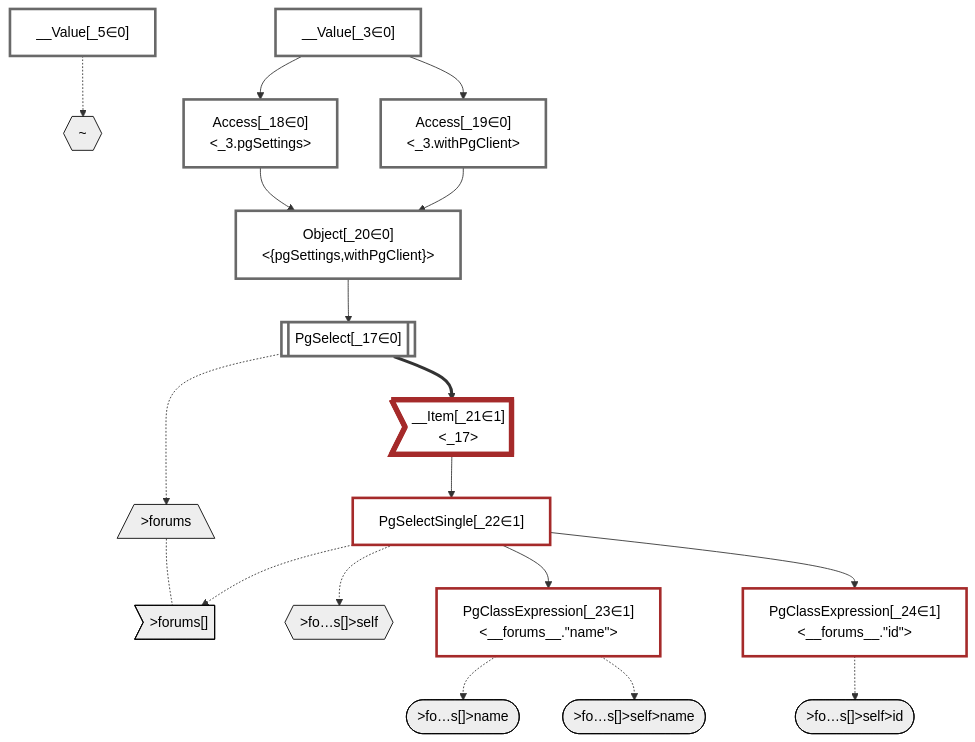
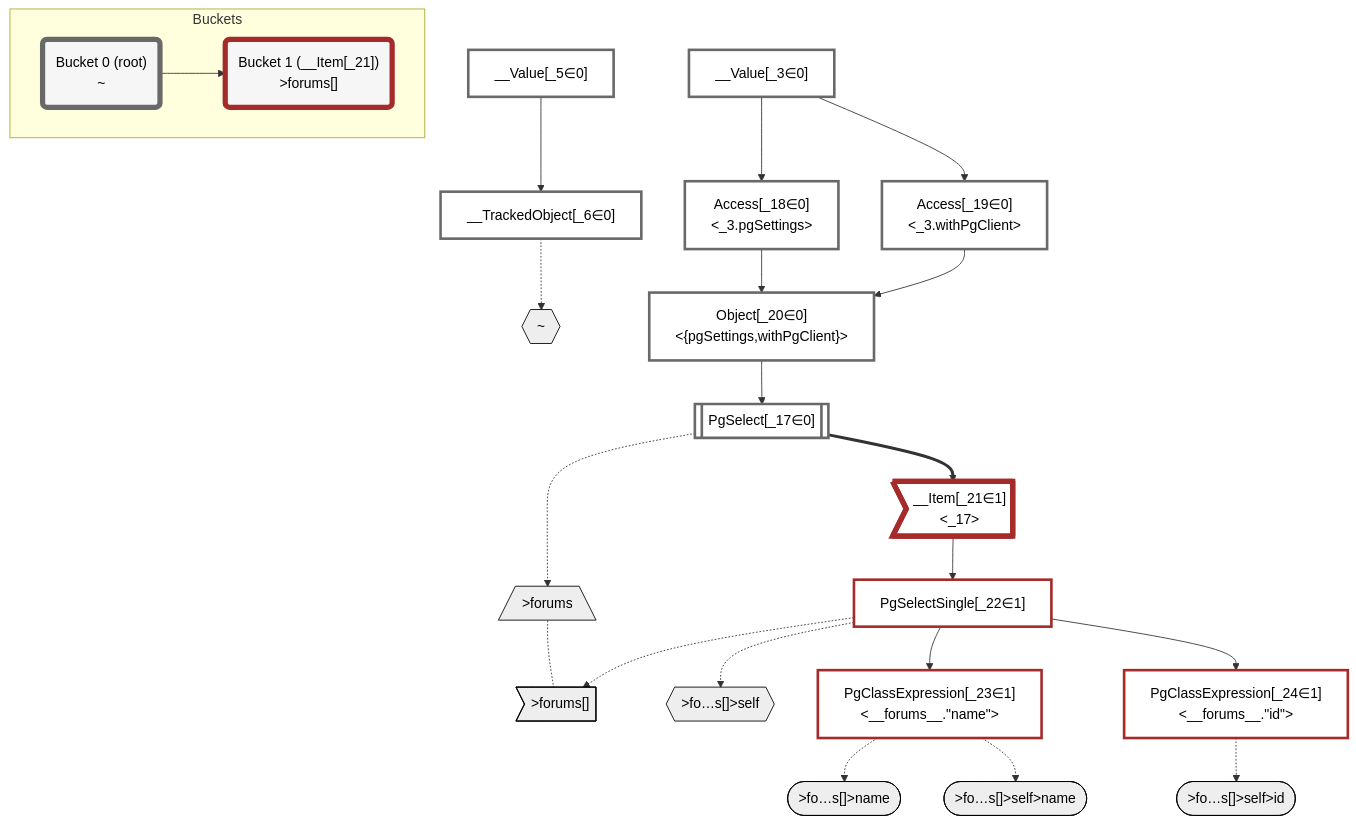
The diagram in packages/dataplan-pg/__tests__/queries/super-simple/self-reference.mermaid.md (graphile/crystal), drawn with Mermaid before and after one commit. The commit also changed 195 other files, not shown here.

````diff
--- a/packages/dataplan-pg/__tests__/queries/super-simple/self-reference.mermaid.md
+++ b/packages/dataplan-pg/__tests__/queries/super-simple/self-reference.mermaid.md
@@ -1,61 +1,72 @@
 ```mermaid
 graph TD
     classDef path fill:#eee,stroke:#000,color:#000
     classDef plan fill:#fff,stroke-width:3px,color:#000
     classDef itemplan fill:#fff,stroke-width:6px,color:#000
     classDef sideeffectplan fill:#f00,stroke-width:6px,color:#000
+    classDef bucket fill:#f6f6f6,color:#000,stroke-width:6px
 
     %% subgraph fields
     P1{{"~"}}:::path
     P2[/">forums"\]:::path
     P3>">forums[]"]:::path
     P2 -.- P3
     P4([">fo…s[]>name"]):::path
     %% P3 -.-> P4
     P5{{">fo…s[]>self"}}:::path
     P6([">fo…s[]>self>id"]):::path
     %% P5 -.-> P6
     P7([">fo…s[]>self>name"]):::path
     %% P5 -.-> P7
     %% P3 -.-> P5
     %% P1 -.-> P2
     %% end
 
     %% define plans
     __Value_3["__Value[_3∈0]<br /><context>"]:::plan
     __Value_5["__Value[_5∈0]<br /><rootValue>"]:::plan
+    __TrackedObject_6["__TrackedObject[_6∈0]"]:::plan
     PgSelect_17[["PgSelect[_17∈0]<br /><forums>"]]:::plan
     Access_18["Access[_18∈0]<br /><_3.pgSettings>"]:::plan
     Access_19["Access[_19∈0]<br /><_3.withPgClient>"]:::plan
     Object_20["Object[_20∈0]<br /><{pgSettings,withPgClient}>"]:::plan
     __Item_21>"__Item[_21∈1]<br /><_17>"]:::itemplan
     PgSelectSingle_22["PgSelectSingle[_22∈1]<br /><forums>"]:::plan
     PgClassExpression_23["PgClassExpression[_23∈1]<br /><__forums__.#quot;name#quot;>"]:::plan
     PgClassExpression_24["PgClassExpression[_24∈1]<br /><__forums__.#quot;id#quot;>"]:::plan
 
     %% plan dependencies
+    __Value_5 --> __TrackedObject_6
     Object_20 --> PgSelect_17
     __Value_3 --> Access_18
     __Value_3 --> Access_19
     Access_18 --> Object_20
     Access_19 --> Object_20
     PgSelect_17 ==> __Item_21
     __Item_21 --> PgSelectSingle_22
     PgSelectSingle_22 --> PgClassExpression_23
     PgSelectSingle_22 --> PgClassExpression_24
 
     %% plan-to-path relationships
-    __Value_5 -.-> P1
+    __TrackedObject_6 -.-> P1
     PgSelect_17 -.-> P2
     PgSelectSingle_22 -.-> P3
     PgClassExpression_23 -.-> P4
     PgSelectSingle_22 -.-> P5
     PgClassExpression_24 -.-> P6
     PgClassExpression_23 -.-> P7
 
     %% allocate buckets
     classDef bucket0 stroke:#696969
-    class __Value_3,__Value_5,PgSelect_17,Access_18,Access_19,Object_20 bucket0
+    class __Value_3,__Value_5,__TrackedObject_6,PgSelect_17,Access_18,Access_19,Object_20 bucket0
     classDef bucket1 stroke:#a52a2a
     class __Item_21,PgSelectSingle_22,PgClassExpression_23,PgClassExpression_24 bucket1
+
+    subgraph Buckets
+    Bucket0("Bucket 0 (root)<br />~"):::bucket
+    style Bucket0 stroke:#696969
+    Bucket1("Bucket 1 (__Item[_21])<br />>forums[]"):::bucket
+    style Bucket1 stroke:#a52a2a
+    Bucket0 --> Bucket1
+    end
 ```
````
